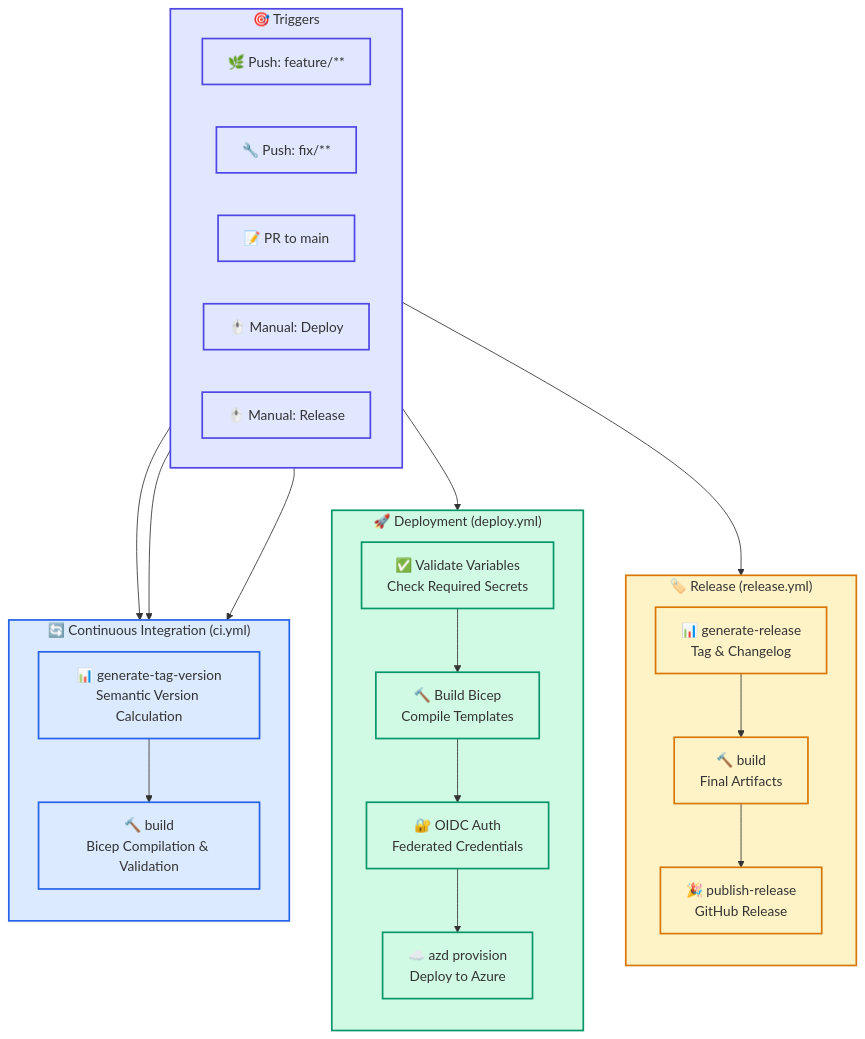
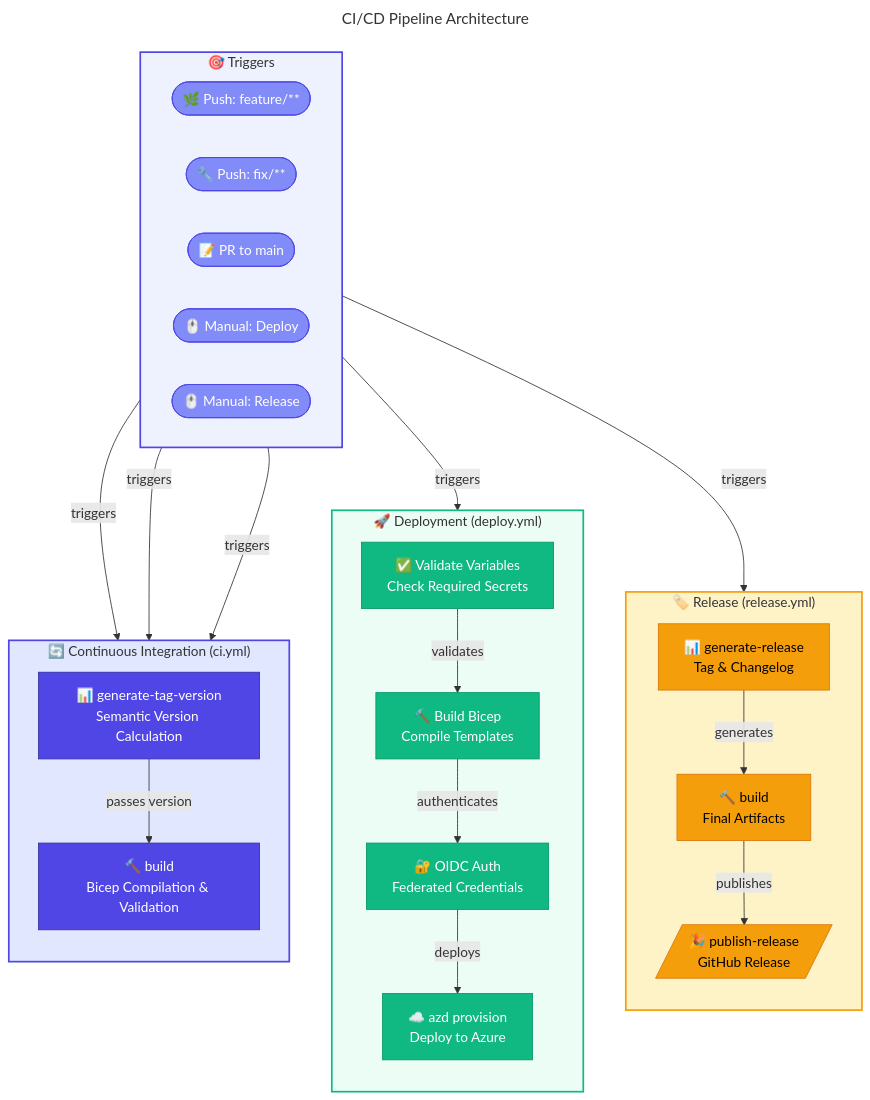
One commit to Evilazaro/DevExp-DevBox changed the third of 3 diagrams in README.md. Above: the diagram before and after it, drawn with Mermaid. The commit also changed other lines of this file, not shown here.

Commit message:
docs: enhance architecture documentation with detailed flowcharts for high-level architecture, module dependencies, and CI/CD pipeline

````diff
--- a/README.md
+++ b/README.md
@@ -598,49 +636,68 @@
 ```mermaid
+---
+title: CI/CD Pipeline Architecture
+---
 flowchart TB
+    %% ===== TRIGGERS =====
     subgraph Triggers["🎯 Triggers"]
         direction LR
-        T1["🌿 Push: feature/**"]
-        T2["🔧 Push: fix/**"]
-        T3["📝 PR to main"]
-        T4["🖱️ Manual: Deploy"]
-        T5["🖱️ Manual: Release"]
+        T1(["🌿 Push: feature/**"])
+        T2(["🔧 Push: fix/**"])
+        T3(["📝 PR to main"])
+        T4(["🖱️ Manual: Deploy"])
+        T5(["🖱️ Manual: Release"])
     end
     
+    %% ===== CONTINUOUS INTEGRATION =====
     subgraph CI["🔄 Continuous Integration (ci.yml)"]
         direction TB
         CI1["📊 generate-tag-version<br/>Semantic Version Calculation"]
         CI2["🔨 build<br/>Bicep Compilation & Validation"]
-        CI1 --> CI2
+        CI1 -->|"passes version"| CI2
     end
     
+    %% ===== DEPLOYMENT =====
     subgraph Deploy["🚀 Deployment (deploy.yml)"]
         direction TB
         D1["✅ Validate Variables<br/>Check Required Secrets"]
         D2["🔨 Build Bicep<br/>Compile Templates"]
         D3["🔐 OIDC Auth<br/>Federated Credentials"]
         D4["☁️ azd provision<br/>Deploy to Azure"]
-        D1 --> D2 --> D3 --> D4
+        D1 -->|"validates"| D2
+        D2 -->|"authenticates"| D3
+        D3 -->|"deploys"| D4
     end
     
+    %% ===== RELEASE =====
     subgraph Release["🏷️ Release (release.yml)"]
         direction TB
         R1["📊 generate-release<br/>Tag & Changelog"]
         R2["🔨 build<br/>Final Artifacts"]
-        R3["🎉 publish-release<br/>GitHub Release"]
-        R1 --> R2 --> R3
+        R3[/"🎉 publish-release<br/>GitHub Release"/]
+        R1 -->|"generates"| R2
+        R2 -->|"publishes"| R3
     end
     
-    T1 & T2 & T3 --> CI
-    T4 --> Deploy
-    T5 --> Release
-    
-    classDef trigger fill:#E0E7FF,stroke:#4F46E5,stroke-width:2px
-    classDef ci fill:#DBEAFE,stroke:#2563EB,stroke-width:2px
-    classDef deploy fill:#D1FAE5,stroke:#059669,stroke-width:2px
-    classDef release fill:#FEF3C7,stroke:#D97706,stroke-width:2px
-    
-    class Triggers,T1,T2,T3,T4,T5 trigger
-    class CI,CI1,CI2 ci
-    class Deploy,D1,D2,D3,D4 deploy
-    class Release,R1,R2,R3 release
+    %% ===== WORKFLOW CONNECTIONS =====
+    T1 & T2 & T3 -->|"triggers"| CI
+    T4 -->|"triggers"| Deploy
+    T5 -->|"triggers"| Release
+
+    %% ===== NODE STYLES =====
+    classDef trigger fill:#818CF8,stroke:#4F46E5,color:#FFFFFF
+    classDef primary fill:#4F46E5,stroke:#3730A3,color:#FFFFFF
+    classDef secondary fill:#10B981,stroke:#059669,color:#FFFFFF
+    classDef datastore fill:#F59E0B,stroke:#D97706,color:#000000
+
+    %% ===== APPLY NODE CLASSES =====
+    class T1,T2,T3,T4,T5 trigger
+    class CI1,CI2 primary
+    class D1,D2,D3,D4 secondary
+    class R1,R2,R3 datastore
+
+    %% ===== SUBGRAPH STYLES =====
+    style Triggers fill:#EEF2FF,stroke:#4F46E5,stroke-width:2px
+    style CI fill:#E0E7FF,stroke:#4F46E5,stroke-width:2px
+    style Deploy fill:#ECFDF5,stroke:#10B981,stroke-width:2px
+    style Release fill:#FEF3C7,stroke:#F59E0B,stroke-width:2px
 ```
````
